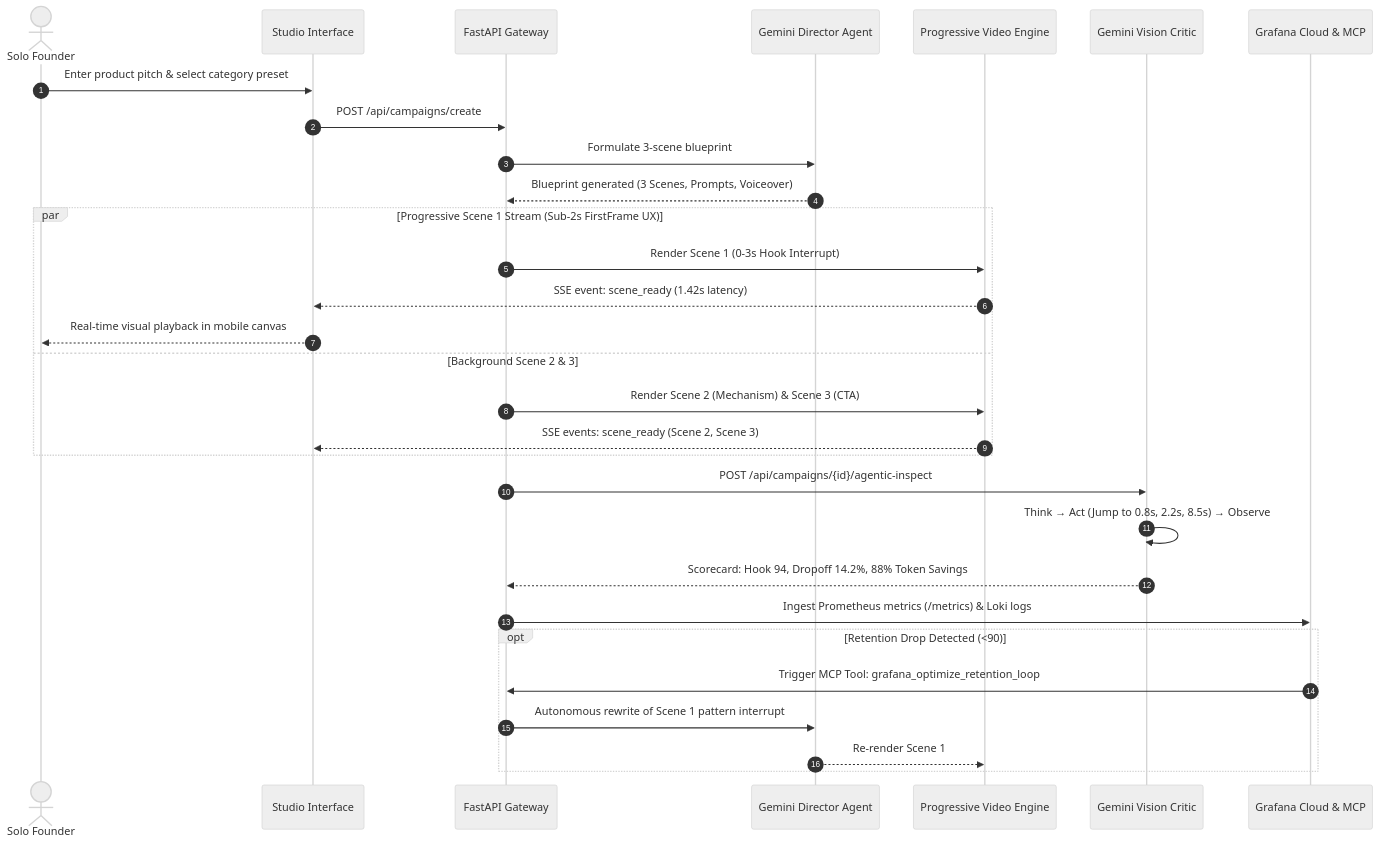
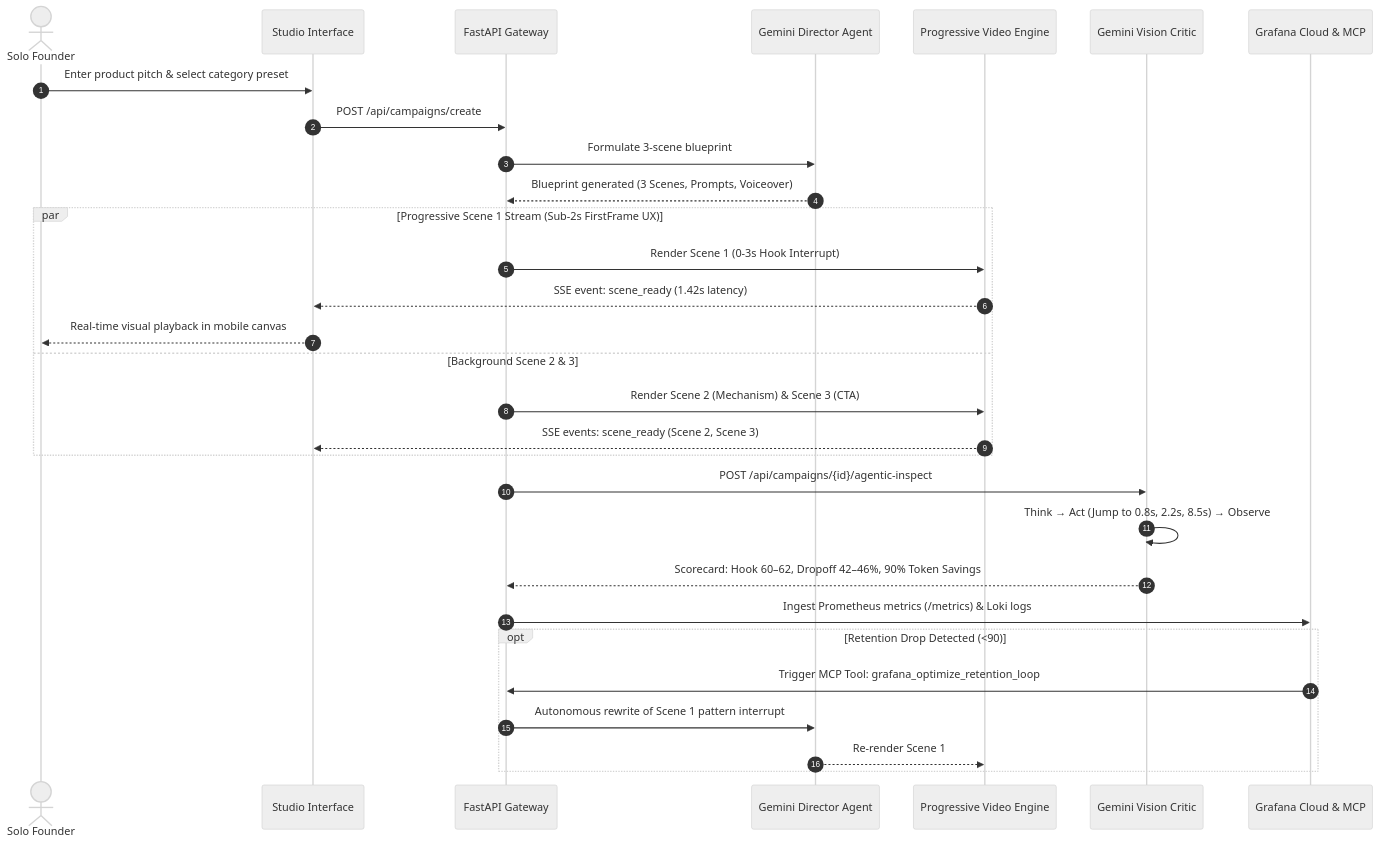
Before and after one commit to N-45div/Ashky: the second of 3 diagrams in README.md, drawn with Mermaid (neutral theme). The commit also changed other lines of this file and 5 other files, not shown here.

Commit message:
docs: align scorecard values and unify 90% token reduction across README, ARCHITECTURE, and TESTING

````diff
--- a/README.md
+++ b/README.md
@@ -97,36 +97,36 @@
 ```mermaid
 sequenceDiagram
     autonumber
     actor Founder as Solo Founder
     participant Studio as Studio Interface
     participant Gateway as FastAPI Gateway
     participant Director as Gemini Director Agent
     participant Engine as Progressive Video Engine
     participant Critic as Gemini Vision Critic
     participant Grafana as Grafana Cloud & MCP
 
     Founder->>Studio: Enter product pitch & select category preset
     Studio->>Gateway: POST /api/campaigns/create
     Gateway->>Director: Formulate 3-scene blueprint
     Director-->>Gateway: Blueprint generated (3 Scenes, Prompts, Voiceover)
     
     par Progressive Scene 1 Stream (Sub-2s FirstFrame UX)
         Gateway->>Engine: Render Scene 1 (0-3s Hook Interrupt)
         Engine-->>Studio: SSE event: scene_ready (1.42s latency)
         Studio-->>Founder: Real-time visual playback in mobile canvas
     and Background Scene 2 & 3
         Gateway->>Engine: Render Scene 2 (Mechanism) & Scene 3 (CTA)
         Engine-->>Studio: SSE events: scene_ready (Scene 2, Scene 3)
     end
 
     Gateway->>Critic: POST /api/campaigns/{id}/agentic-inspect
     Critic->>Critic: Think → Act (Jump to 0.8s, 2.2s, 8.5s) → Observe
-    Critic-->>Gateway: Scorecard: Hook 94, Dropoff 14.2%, 88% Token Savings
+    Critic-->>Gateway: Scorecard: Hook 60–62, Dropoff 42–46%, 90% Token Savings
     Gateway->>Grafana: Ingest Prometheus metrics (/metrics) & Loki logs
     
     opt Retention Drop Detected (<90)
         Grafana->>Gateway: Trigger MCP Tool: grafana_optimize_retention_loop
         Gateway->>Director: Autonomous rewrite of Scene 1 pattern interrupt
         Director-->>Engine: Re-render Scene 1
     end
 ```
````
